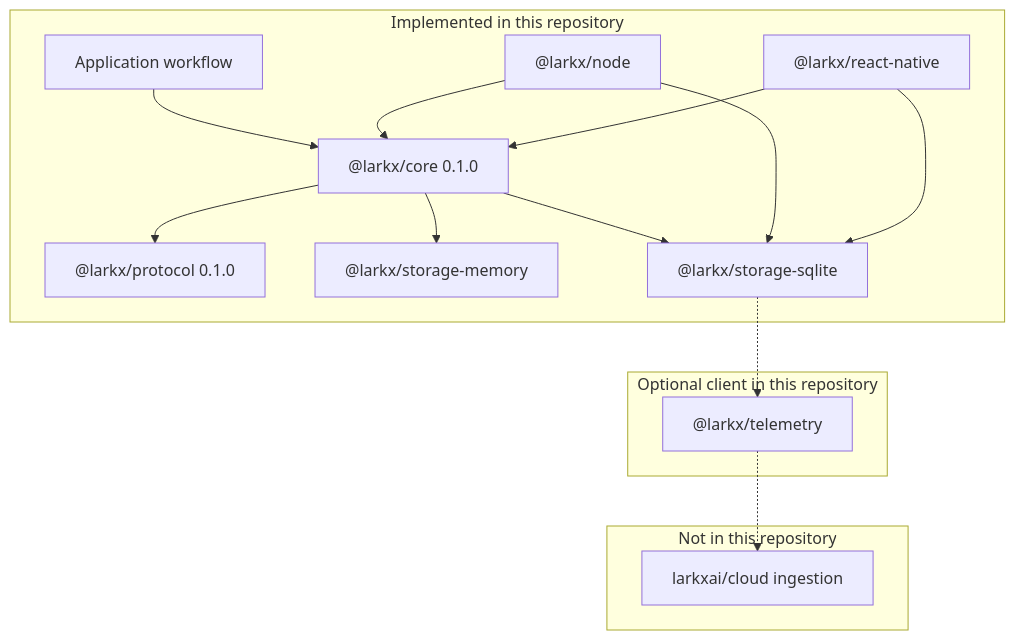
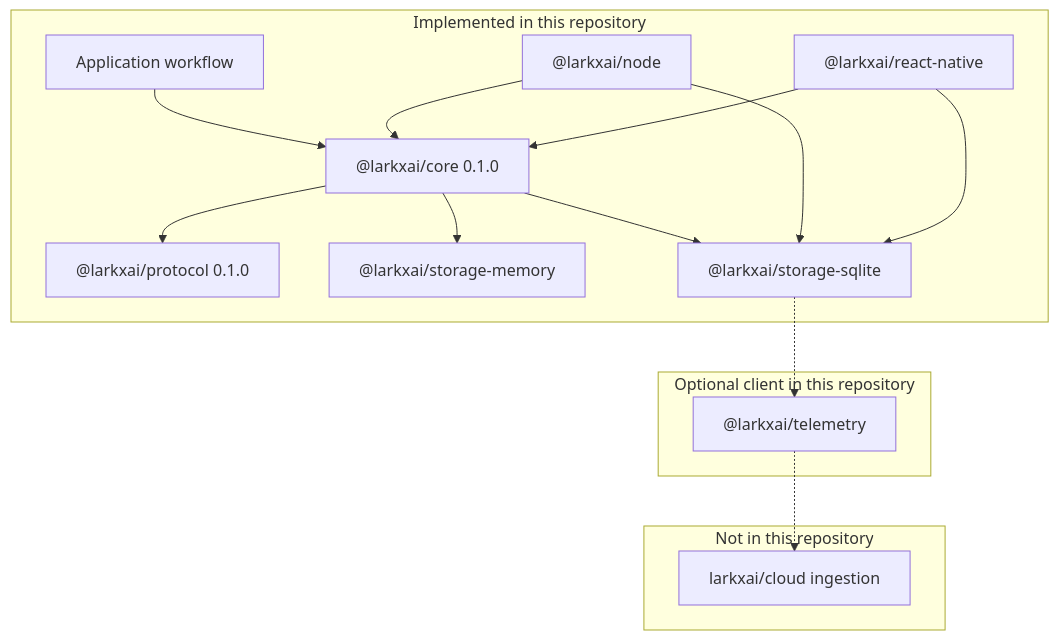
The diagram in docs/cloud-observability-spec.md (larkxai/larkx), drawn with Mermaid before and after one commit. The commit also changed other lines of this file and 127 other files, not shown here.

````diff
--- a/docs/cloud-observability-spec.md
+++ b/docs/cloud-observability-spec.md
@@ -19,31 +19,31 @@
 ```mermaid
 flowchart TB
   subgraph implemented [Implemented in this repository]
     app[Application workflow]
-    protocol["@larkx/protocol 0.1.0"]
-    core["@larkx/core 0.1.0"]
-    memory["@larkx/storage-memory"]
-    sqlite["@larkx/storage-sqlite"]
-    node["@larkx/node"]
-    rn["@larkx/react-native"]
+    protocol["@larkxai/protocol 0.1.0"]
+    core["@larkxai/core 0.1.0"]
+    memory["@larkxai/storage-memory"]
+    sqlite["@larkxai/storage-sqlite"]
+    node["@larkxai/node"]
+    rn["@larkxai/react-native"]
     app --> core
     core --> protocol
     core --> memory
     core --> sqlite
     node --> core
     node --> sqlite
     rn --> core
     rn --> sqlite
   end
 
   subgraph client [Optional client in this repository]
-    exporter["@larkx/telemetry"]
+    exporter["@larkxai/telemetry"]
   end
 
   subgraph service [Not in this repository]
     cloud[larkxai/cloud ingestion]
   end
 
   exporter -.-> cloud
   sqlite -.-> exporter
 ```
````
